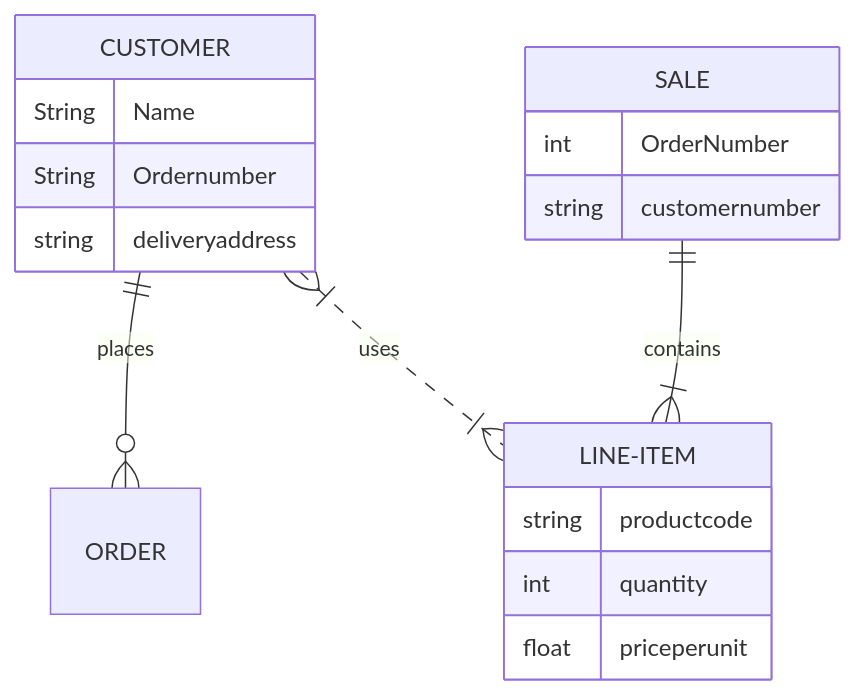
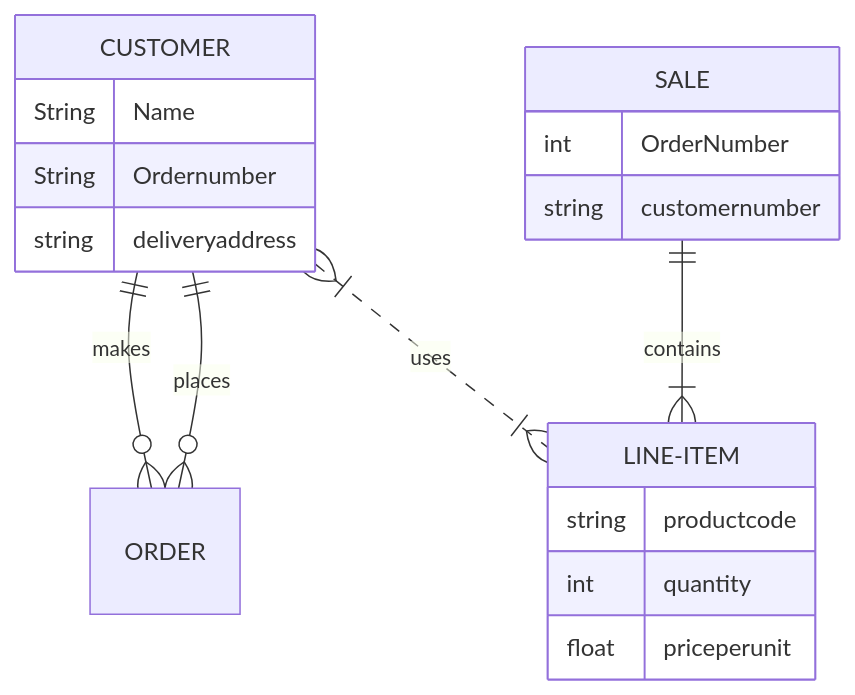
Before and after one commit to slaucks/slaucks.github.io: the diagram in NikeStore_ERD.md, drawn with Mermaid.

````diff
--- a/NikeStore_ERD.md
+++ b/NikeStore_ERD.md
@@ -1,21 +1,22 @@
 ```mermaid
 erDiagram
     CUSTOMER ||--o{ ORDER : places
     CUSTOMER {
            String Name
            String Ordernumber
            string deliveryaddress
 }
     SALE ||--|{ LINE-ITEM : contains
     SALE { 
        int OrderNumber
        string customernumber
     }
     CUSTOMER }|..|{ LINE-ITEM : uses
     LINE-ITEM {
           string productcode
           int quantity
           float priceperunit
     }
+CUSTOMER only one to zero or more ORDER : makes
 
 ```
````
